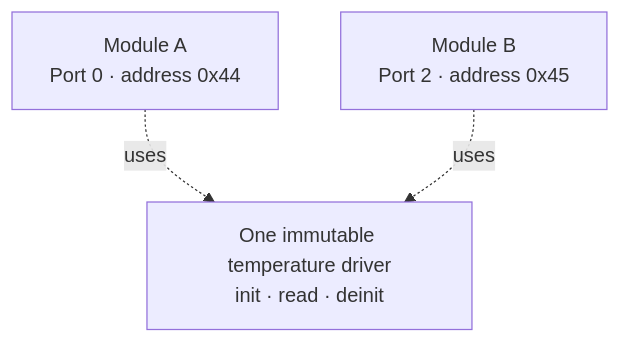
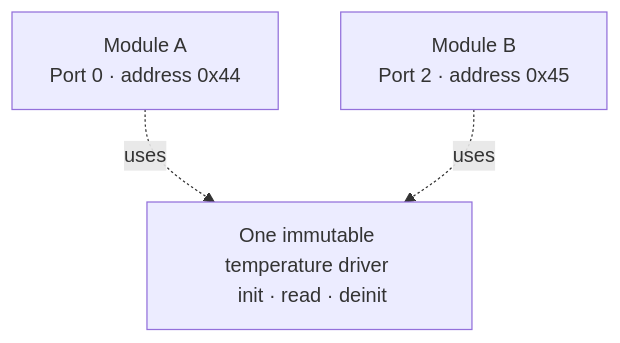
One commit to andreapiccini/SpaghettiLAB changed the seventh of 17 diagrams in Firmware/core/ARCHITECTURE.md. Above: the diagram before and after it, drawn with Mermaid. The commit also changed other lines of this file and 3 other files, not shown here.

````diff
--- a/Firmware/core/ARCHITECTURE.md
+++ b/Firmware/core/ARCHITECTURE.md
@@ -231,9 +231,9 @@
 ```mermaid
 flowchart TB
-    D["One immutable temperature driver<br/>init · read · deinit"]
-    M0["Module A<br/>Port 0 · address 0x44"]
-    M1["Module B<br/>Port 2 · address 0x45"]
+    D["One immutable temperature driver <br/> init · read · deinit"]
+    M0["Module A <br/> Port 0 · address 0x44"]
+    M1["Module B <br/> Port 2 · address 0x45"]
 
     M0 -. "uses" .-> D
     M1 -. "uses" .-> D
 ```
````
